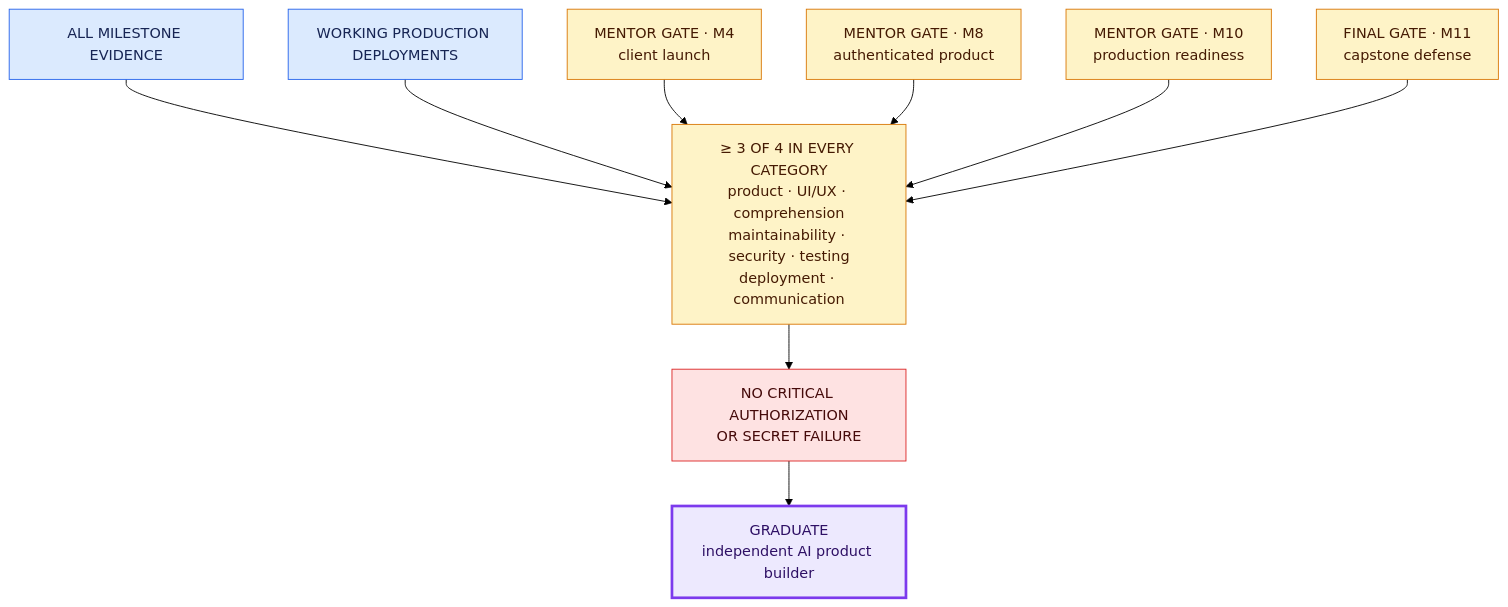
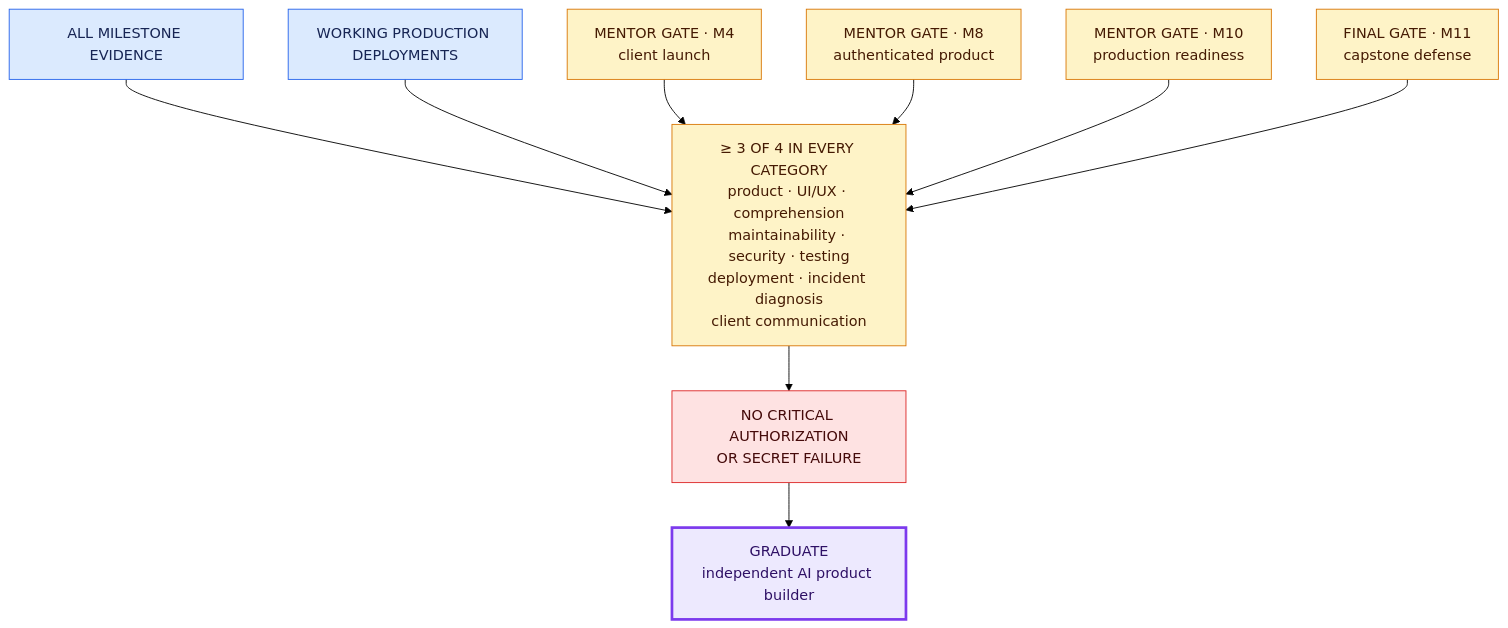
One commit to saliftankoano/pierre-build-program changed diagram 14 of 16 in README.md. Above: the diagram before and after it, drawn with Mermaid (forest theme). The commit also changed other lines of this file and 253 other files, not shown here.

````diff
--- a/README.md
+++ b/README.md
@@ -388,29 +442,29 @@
 ```mermaid
 flowchart TB
     E["ALL MILESTONE EVIDENCE"]
     D["WORKING PRODUCTION DEPLOYMENTS"]
     G4["MENTOR GATE · M4<br/>client launch"]
     G8["MENTOR GATE · M8<br/>authenticated product"]
     G10["MENTOR GATE · M10<br/>production readiness"]
     G11["FINAL GATE · M11<br/>capstone defense"]
-    SCORE["≥ 3 OF 4 IN EVERY CATEGORY<br/>product · UI/UX · comprehension<br/>maintainability · security · testing<br/>deployment · communication"]
+    SCORE["≥ 3 OF 4 IN EVERY CATEGORY<br/>product · UI/UX · comprehension<br/>maintainability · security · testing<br/>deployment · incident diagnosis<br/>client communication"]
     BLOCK["NO CRITICAL AUTHORIZATION<br/>OR SECRET FAILURE"]
     GRAD["GRADUATE<br/>independent AI product builder"]
 
     E --> SCORE
     D --> SCORE
     G4 --> SCORE
     G8 --> SCORE
     G10 --> SCORE
     G11 --> SCORE
     SCORE --> BLOCK --> GRAD
 
     classDef evidence fill:#dbeafe,stroke:#2563eb,color:#172554;
     classDef gate fill:#fef3c7,stroke:#d97706,color:#451a03;
     classDef security fill:#fee2e2,stroke:#dc2626,color:#450a0a;
     classDef graduate fill:#ede9fe,stroke:#7c3aed,color:#2e1065,stroke-width:3px;
     class E,D evidence;
     class G4,G8,G10,G11,SCORE gate;
     class BLOCK security;
     class GRAD graduate;
 ```
````
